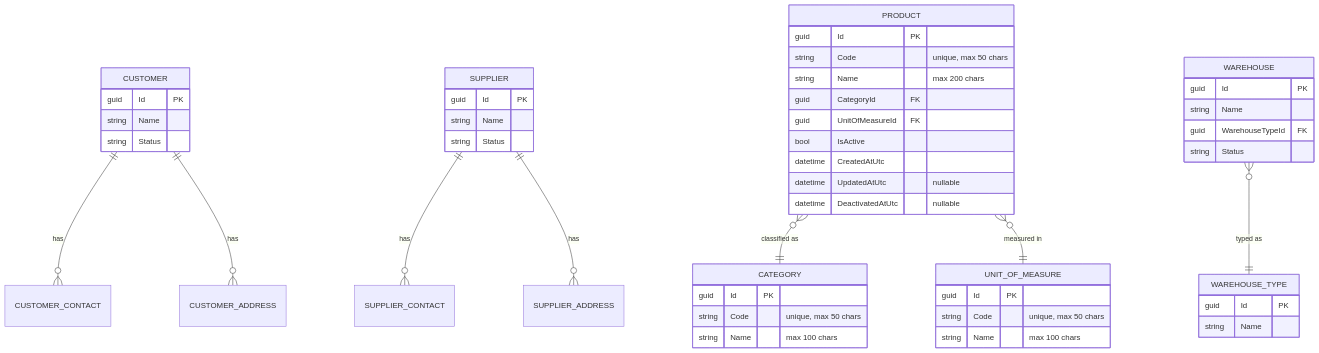
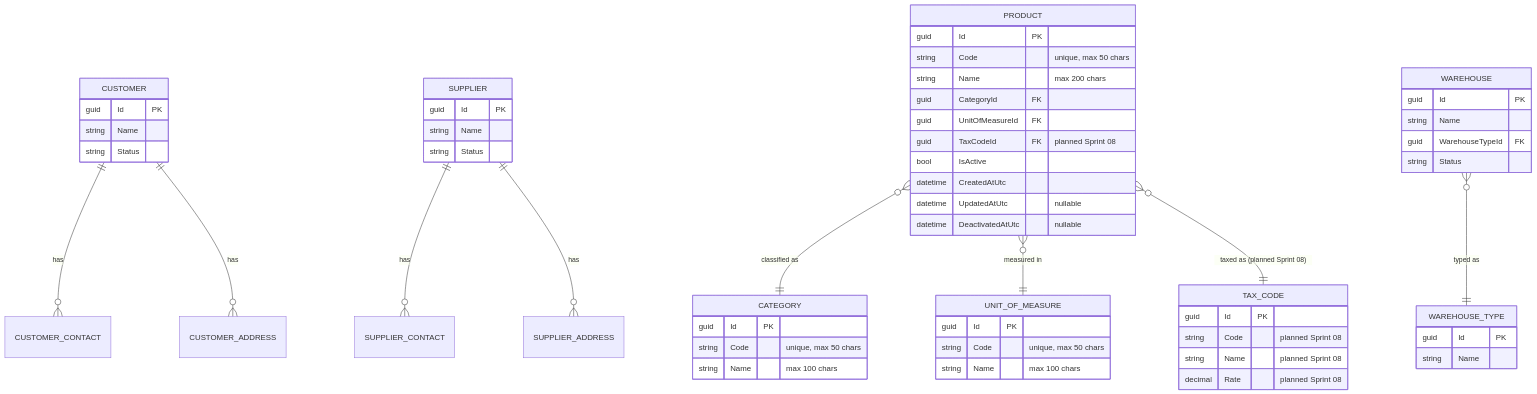
The second of 2 diagrams in docs/database/Entity-Relationship-Diagram.md (Helderito/ERP-Intelligence-Platform), drawn with Mermaid before and after one commit. The commit also changed other lines of this file and 6 other files, not shown here.

````diff
--- a/docs/database/Entity-Relationship-Diagram.md
+++ b/docs/database/Entity-Relationship-Diagram.md
@@ -88,54 +88,62 @@
 ```mermaid
 erDiagram
     CUSTOMER ||--o{ CUSTOMER_CONTACT : has
     CUSTOMER ||--o{ CUSTOMER_ADDRESS : has
 
     SUPPLIER ||--o{ SUPPLIER_CONTACT : has
     SUPPLIER ||--o{ SUPPLIER_ADDRESS : has
 
     PRODUCT }o--|| CATEGORY : "classified as"
     PRODUCT }o--|| UNIT_OF_MEASURE : "measured in"
+    PRODUCT }o--|| TAX_CODE : "taxed as (planned Sprint 08)"
     WAREHOUSE }o--|| WAREHOUSE_TYPE : "typed as"
 
     CUSTOMER {
         guid Id PK
         string Name
         string Status
     }
     SUPPLIER {
         guid Id PK
         string Name
         string Status
     }
     PRODUCT {
         guid Id PK
         string Code "unique, max 50 chars"
         string Name "max 200 chars"
         guid CategoryId FK
         guid UnitOfMeasureId FK
+        guid TaxCodeId FK "planned Sprint 08"
         bool IsActive
         datetime CreatedAtUtc
         datetime UpdatedAtUtc "nullable"
         datetime DeactivatedAtUtc "nullable"
     }
     CATEGORY {
         guid Id PK
         string Code "unique, max 50 chars"
         string Name "max 100 chars"
     }
     UNIT_OF_MEASURE {
         guid Id PK
         string Code "unique, max 50 chars"
         string Name "max 100 chars"
     }
+    TAX_CODE {
+        guid Id PK
+        string Code "planned Sprint 08"
+        string Name "planned Sprint 08"
+        decimal Rate "planned Sprint 08"
+    }
     WAREHOUSE {
         guid Id PK
         string Name
         guid WarehouseTypeId FK
         string Status
     }
     WAREHOUSE_TYPE {
         guid Id PK
         string Name
     }
 ```
````
